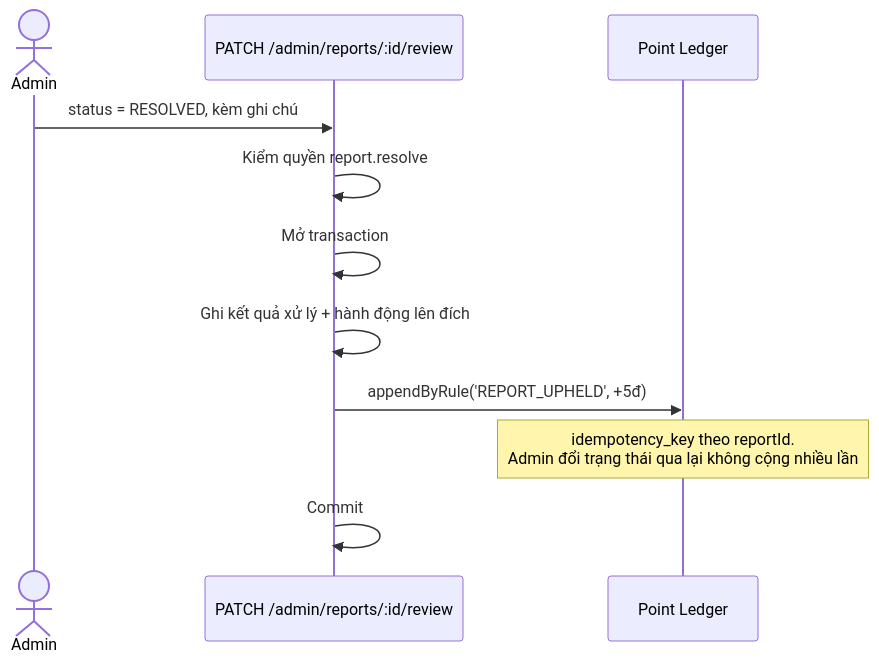
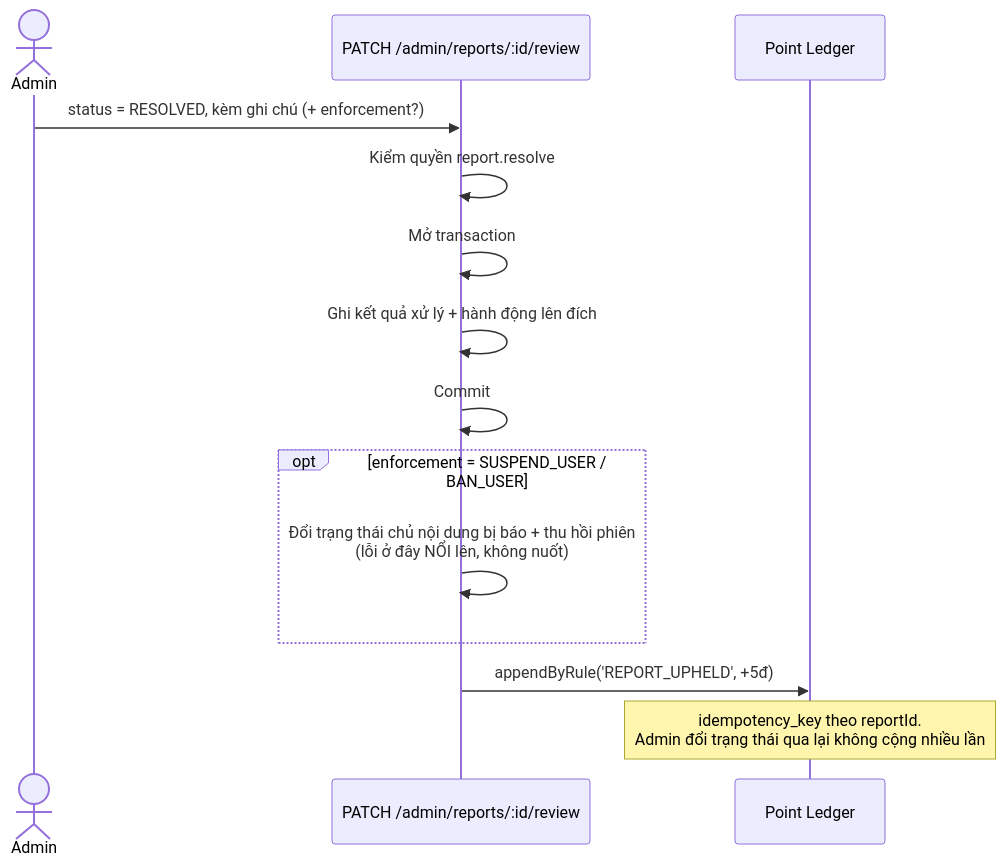
The fourth of 5 diagrams in docs/diagram/15-report.md (fdshn/trueheart), drawn with Mermaid before and after one commit. The commit also changed other lines of this file and 49 other files, not shown here.

````diff
--- a/docs/diagram/15-report.md
+++ b/docs/diagram/15-report.md
@@ -96,14 +104,17 @@
 ```mermaid
 sequenceDiagram
     actor A as Admin
     participant API as PATCH /admin/reports/:id/review
     participant L as Point Ledger
 
-    A->>API: status = RESOLVED, kèm ghi chú
+    A->>API: status = RESOLVED, kèm ghi chú (+ enforcement?)
     API->>API: Kiểm quyền report.resolve
     API->>API: Mở transaction
     API->>API: Ghi kết quả xử lý + hành động lên đích
+    API->>API: Commit
+    opt enforcement = SUSPEND_USER / BAN_USER
+        API->>API: Đổi trạng thái chủ nội dung bị báo + thu hồi phiên<br/>(lỗi ở đây NỔI lên, không nuốt)
+    end
     API->>L: appendByRule('REPORT_UPHELD', +5đ)
     Note over L: idempotency_key theo reportId.<br/>Admin đổi trạng thái qua lại không cộng nhiều lần
-    API->>API: Commit
 ```
````
